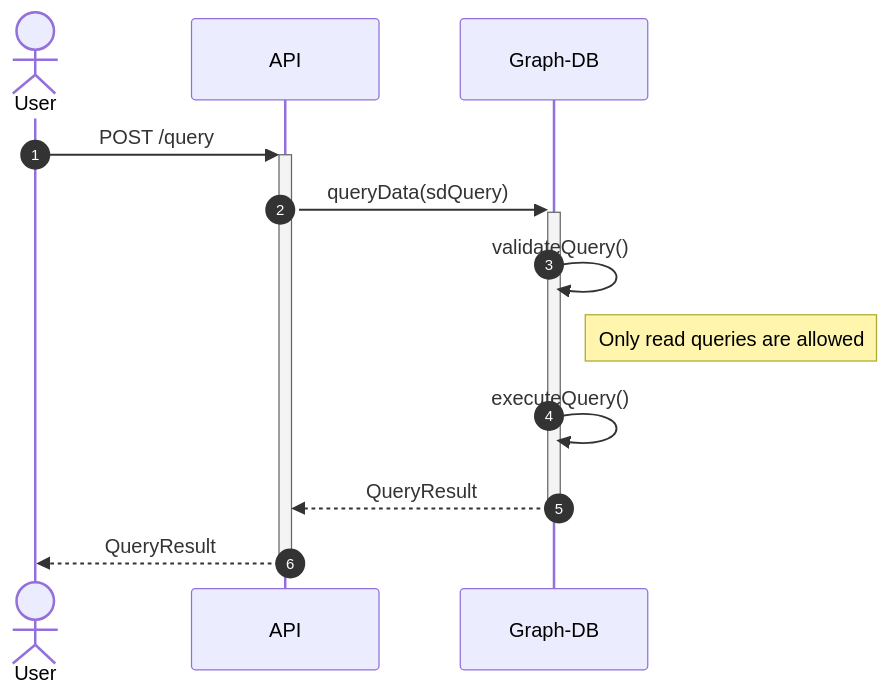
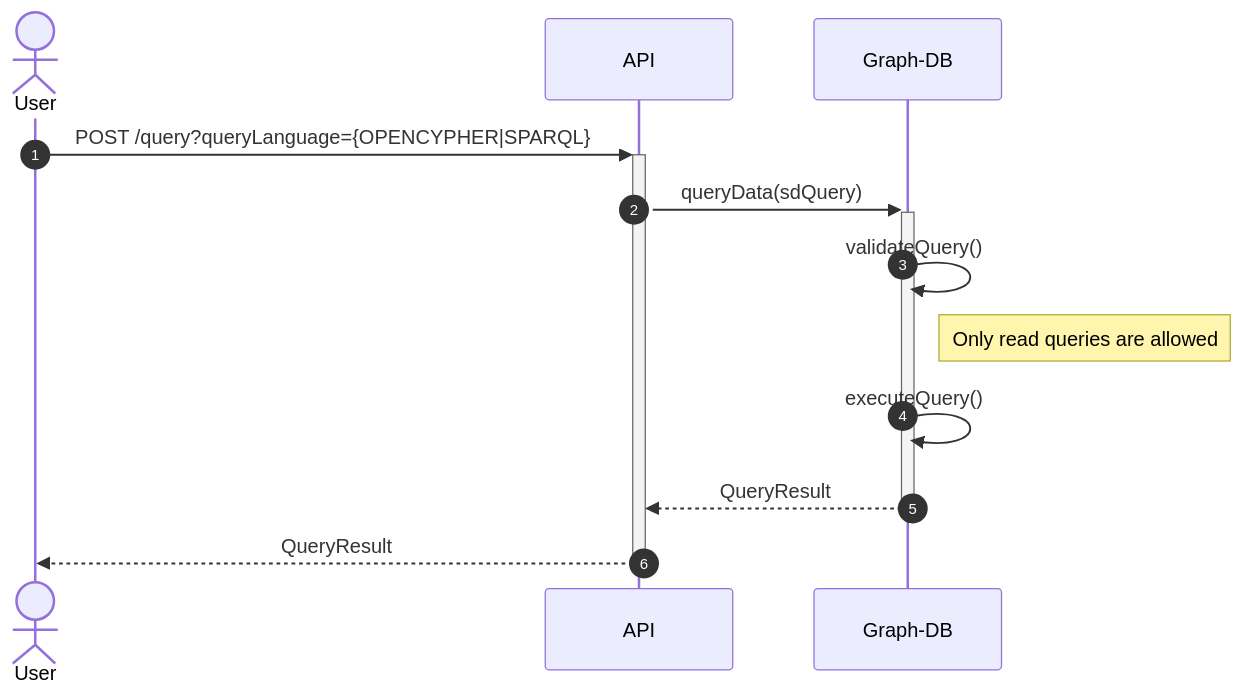
Diagram 26 of 30 in federated-catalogue/src/docs/architecture/chapters/06_runtime_view.adoc (federated-catalogue-enhancements-2026/docs), drawn with Mermaid before and after one commit. The commit also changed other lines of this file and 4 other files, not shown here.

```diff
--- a/federated-catalogue/src/docs/architecture/chapters/06_runtime_view.adoc
+++ b/federated-catalogue/src/docs/architecture/chapters/06_runtime_view.adoc
@@ -774,15 +778,15 @@
 [mermaid, width=2000]
 ....
 sequenceDiagram
     autonumber
     actor User
     participant API
     participant Graph as Graph-DB
-    User ->> + API: POST /query
+    User ->> + API: POST /query?queryLanguage={OPENCYPHER|SPARQL}
     API ->> + Graph: queryData(sdQuery)
     Graph ->> Graph: validateQuery()
     Note right of Graph: Only read queries are allowed
     Graph ->> Graph: executeQuery()
     Graph -->> -API: QueryResult
     API -->> -User: QueryResult
 ....
```
